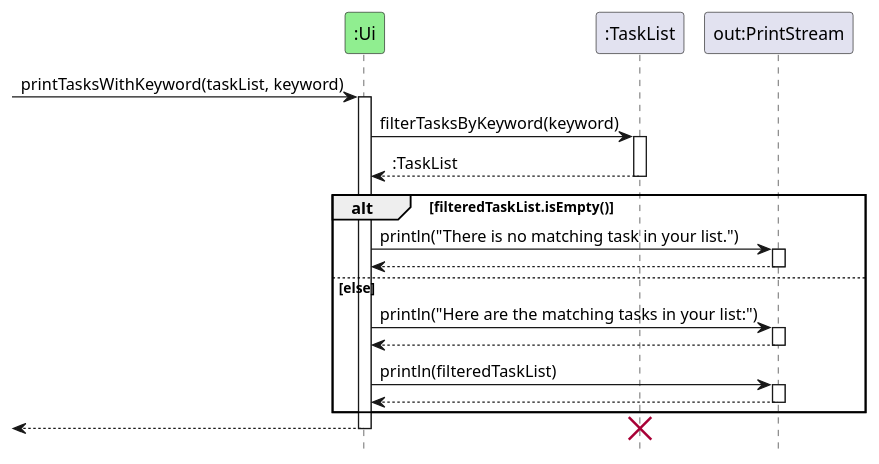
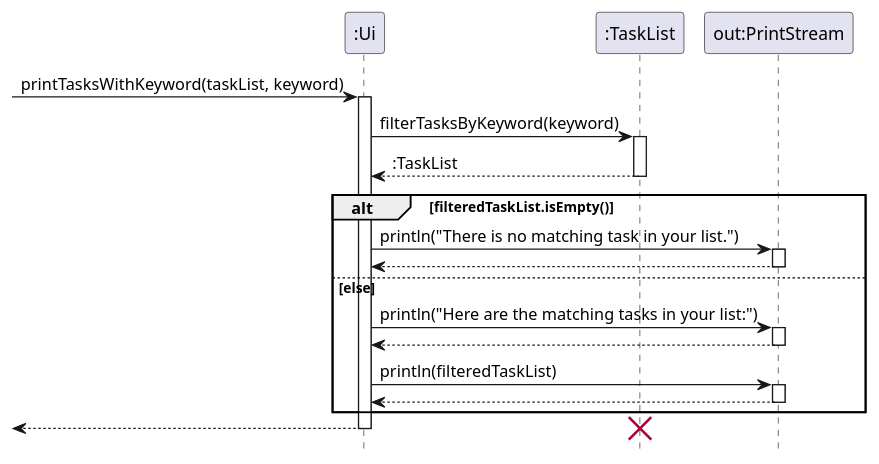
The diagram in docs/diagrams/PrintTasksWithKeywordSequenceDiagram.puml (nus-cs2113-AY2122S1/tp), drawn with PlantUML before and after one commit. The commit also changed 1 other file, not shown here.

Commit message:
Update style for sequence diagrams

```diff
--- a/docs/diagrams/PrintTasksWithKeywordSequenceDiagram.puml
+++ b/docs/diagrams/PrintTasksWithKeywordSequenceDiagram.puml
@@ -1,40 +1,40 @@
 @startuml
-participant ":Ui" as ui #lightgreen
+participant ":Ui" as ui
 participant ":TaskList" as tasks
 participant "out:PrintStream" as out
 
 hide footbox
 
 [-> ui : printTasksWithKeyword(taskList, keyword)
 activate ui
 
 ui -> tasks : filterTasksByKeyword(keyword)
 activate tasks
 
 tasks --> ui : :TaskList
 deactivate tasks
 
 alt filteredTaskList.isEmpty()
 
 ui -> out : println("There is no matching task in your list.")
 activate out
 out --> ui
 deactivate out
 
 else else
 
 ui -> out : println("Here are the matching tasks in your list:")
 activate out
 out --> ui
 deactivate out
 
 ui -> out : println(filteredTaskList)
 activate out
 out --> ui
 deactivate out
 
 end
 [<-- ui
 deactivate ui
 destroy tasks
 @enduml
```
